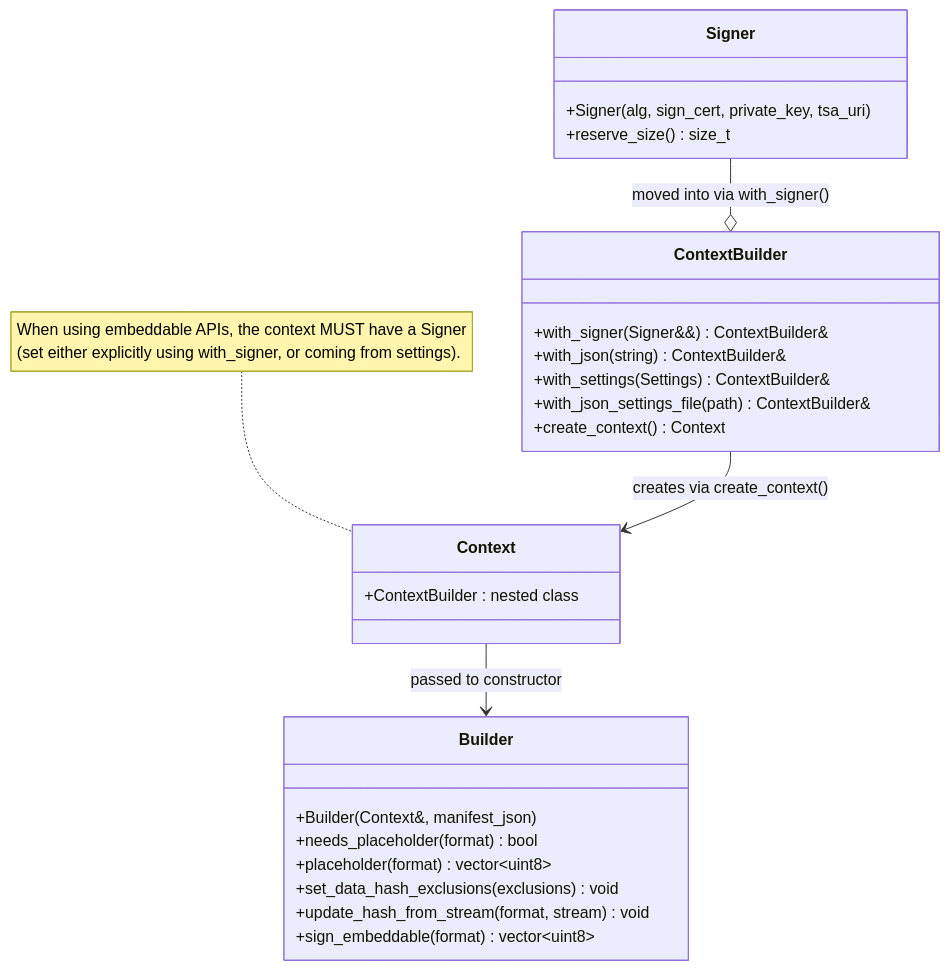
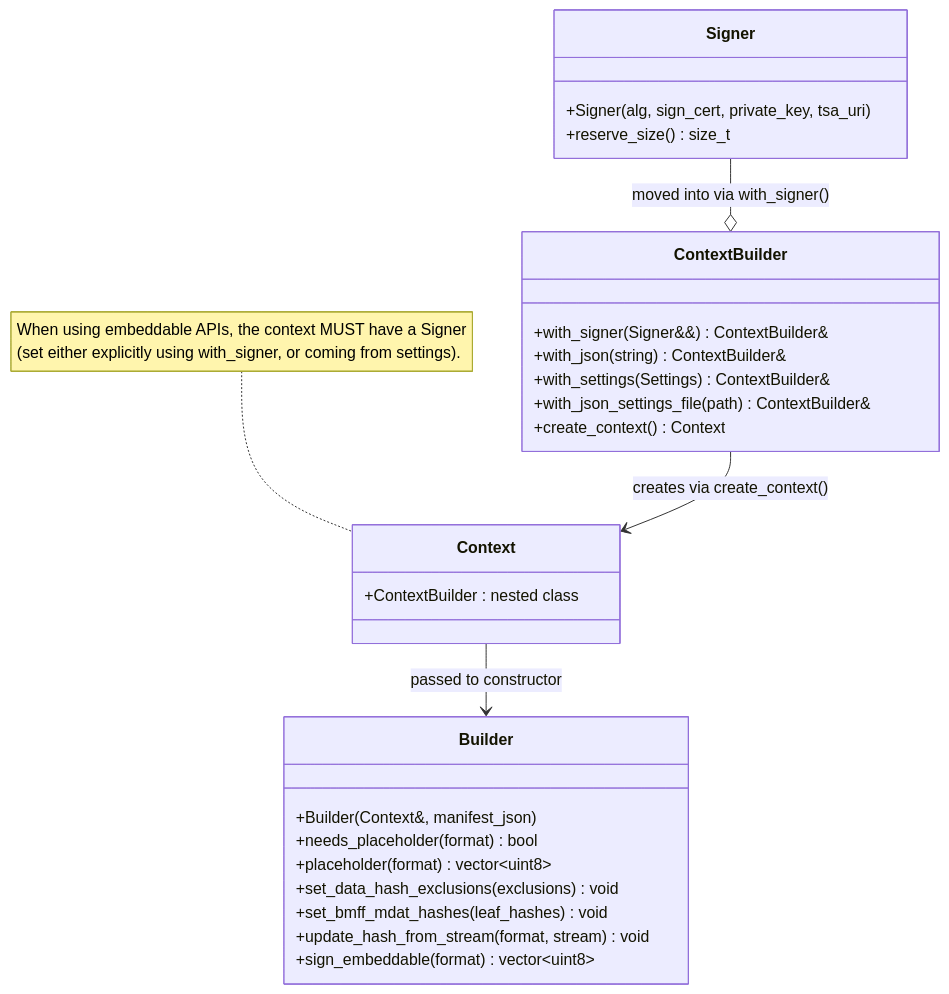
One commit to contentauth/c2pa-c changed the eighth of 8 diagrams in docs/embeddable-api.md. Above: the diagram before and after it, drawn with Mermaid. The commit also changed other lines of this file, not shown here.

````diff
--- a/docs/embeddable-api.md
+++ b/docs/embeddable-api.md
@@ -450,33 +452,34 @@
 ```mermaid
 classDiagram
     class Signer {
         +Signer(alg, sign_cert, private_key, tsa_uri)
         +reserve_size() size_t
     }
 
     class ContextBuilder {
         +with_signer(Signer&&) ContextBuilder&
         +with_json(string) ContextBuilder&
         +with_settings(Settings) ContextBuilder&
         +with_json_settings_file(path) ContextBuilder&
         +create_context() Context
     }
 
     class Context {
         +ContextBuilder : nested class
     }
     note for Context "When using embeddable APIs, the context MUST have a Signer <br> (set either explicitly using with_signer, or coming from settings)."
 
     class Builder {
         +Builder(Context&, manifest_json)
         +needs_placeholder(format) bool
         +placeholder(format) vector~uint8~
         +set_data_hash_exclusions(exclusions) void
+        +set_bmff_mdat_hashes(leaf_hashes) void
         +update_hash_from_stream(format, stream) void
         +sign_embeddable(format) vector~uint8~
     }
 
     Signer --o ContextBuilder : moved into via with_signer()
     ContextBuilder --> Context : creates via create_context()
     Context --> Builder : passed to constructor
 ```
````
